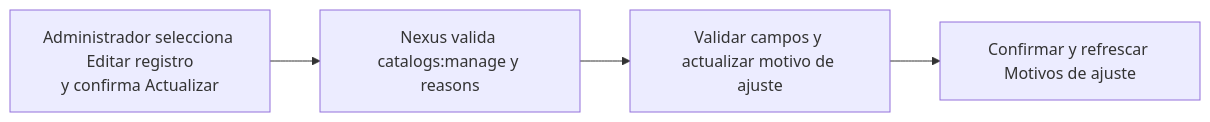
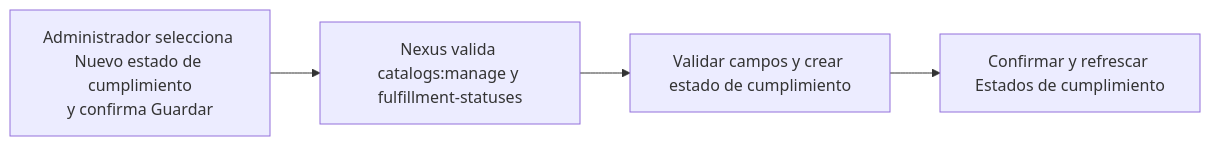
One commit to gpgsistemas01/nexus changed the diagram in docs/requirements/diagrams/catalogs/cu-cat-41.md. Above: the diagram before and after it, drawn with Mermaid. The commit also changed other lines of this file and 207 other files, not shown here.

````diff
--- a/docs/requirements/diagrams/catalogs/cu-cat-41.md
+++ b/docs/requirements/diagrams/catalogs/cu-cat-41.md
@@ -3,6 +3,6 @@
 ```mermaid
 flowchart LR
-    request["Administrador selecciona Editar registro<br/>y confirma Actualizar"] --> authorize["Nexus valida catalogs:manage y reasons"]
-    authorize --> persist["Validar campos y actualizar motivo de ajuste"]
-    persist --> result["Confirmar y refrescar Motivos de ajuste"]
+    request["Administrador selecciona Nuevo estado de cumplimiento<br/>y confirma Guardar"] --> authorize["Nexus valida catalogs:manage y fulfillment-statuses"]
+    authorize --> persist["Validar campos y crear estado de cumplimiento"]
+    persist --> result["Confirmar y refrescar Estados de cumplimiento"]
 ```
````
